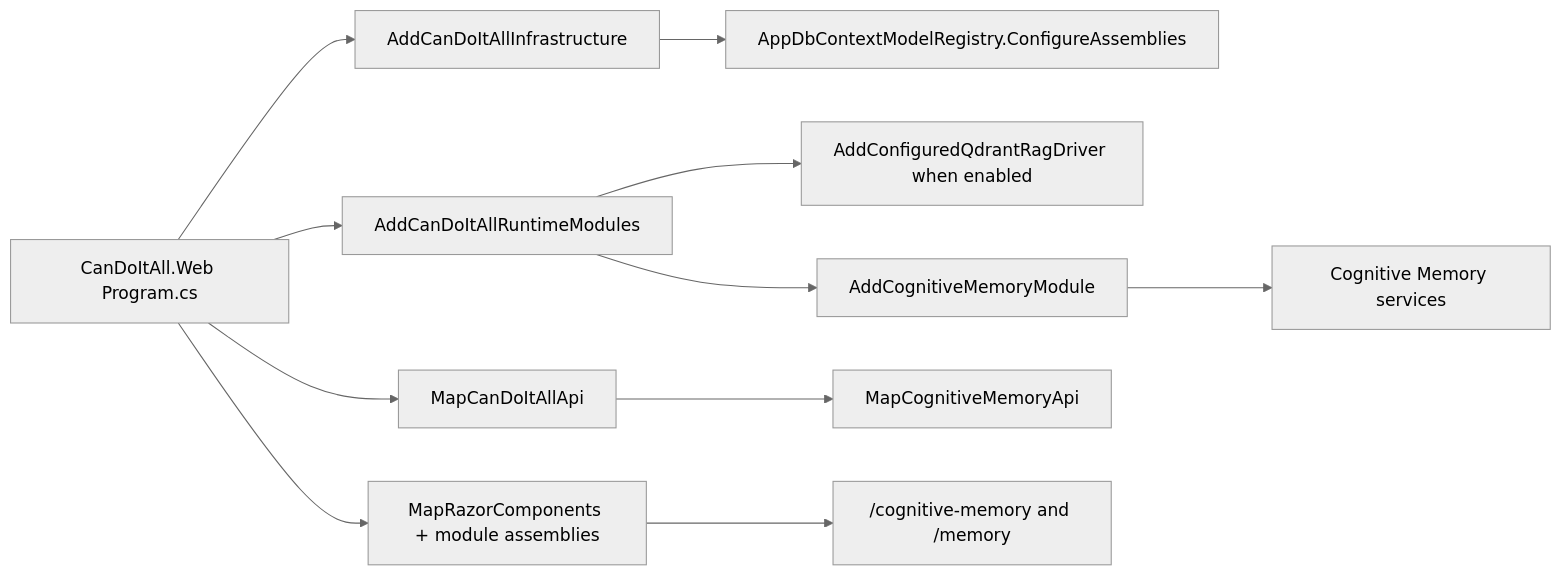
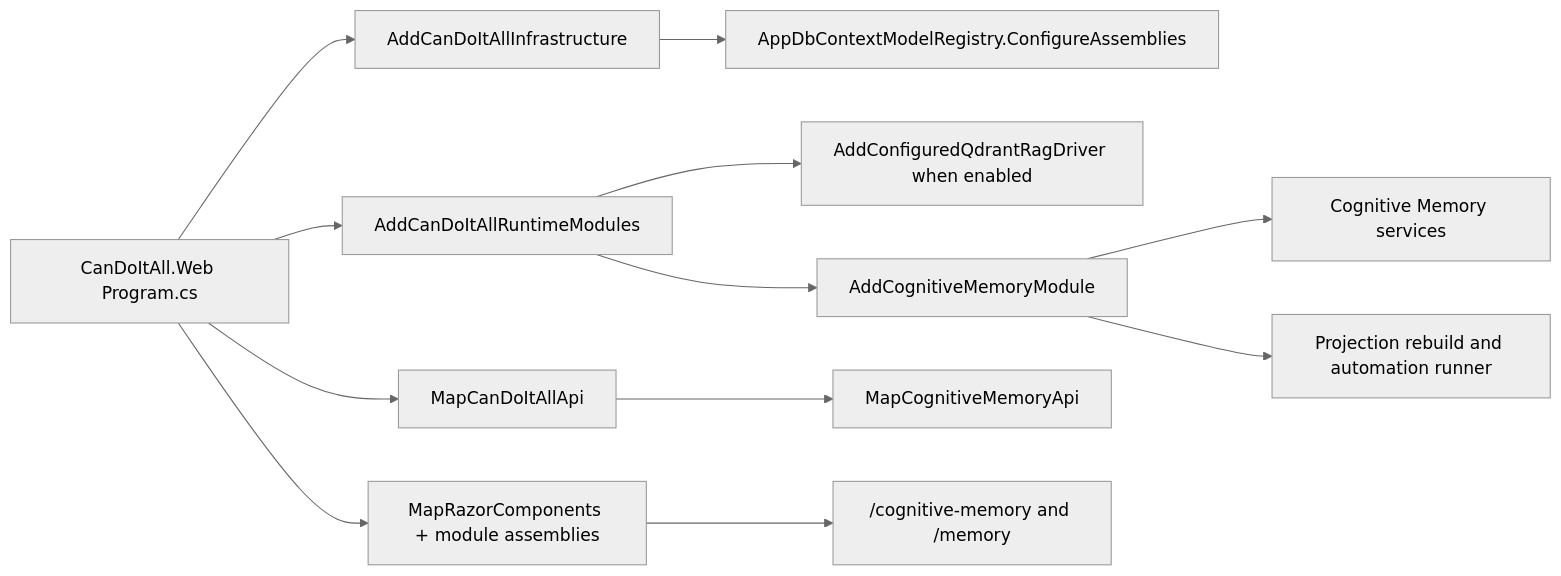
The diagram in docs/cognitive-memory/current-state/implementation-map.md (fyziktom/CanDoItAll), drawn with Mermaid (neutral theme) before and after one commit. The commit also changed other lines of this file and 66 other files, not shown here.

````diff
--- a/docs/cognitive-memory/current-state/implementation-map.md
+++ b/docs/cognitive-memory/current-state/implementation-map.md
@@ -29,13 +30,14 @@
 ```mermaid
 flowchart LR
     Program["CanDoItAll.Web Program.cs"] --> Infrastructure["AddCanDoItAllInfrastructure"]
     Infrastructure --> ModelRegistry["AppDbContextModelRegistry.ConfigureAssemblies"]
     Program --> Composition["AddCanDoItAllRuntimeModules"]
     Composition --> Qdrant["AddConfiguredQdrantRagDriver when enabled"]
     Composition --> Module["AddCognitiveMemoryModule"]
     Module --> Services["Cognitive Memory services"]
+    Module --> Operations["Projection rebuild and automation runner"]
     Program --> Api["MapCanDoItAllApi"]
     Api --> CognitiveApi["MapCognitiveMemoryApi"]
     Program --> Razor["MapRazorComponents + module assemblies"]
     Razor --> Page["/cognitive-memory and /memory"]
 ```
````
